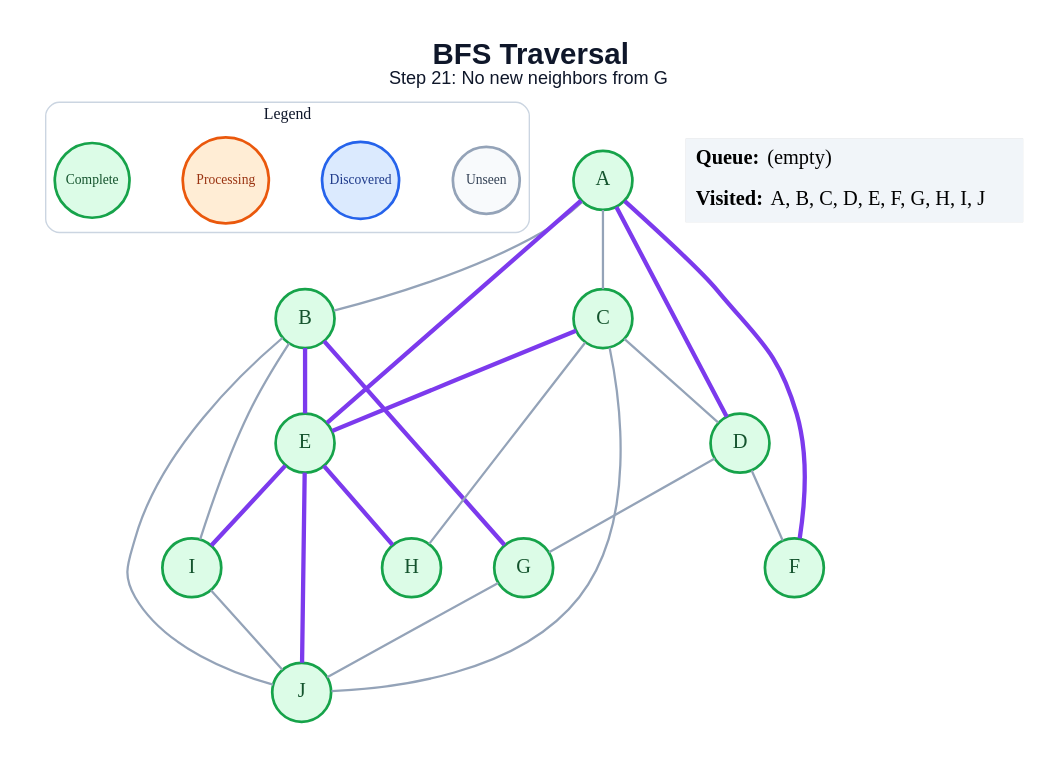
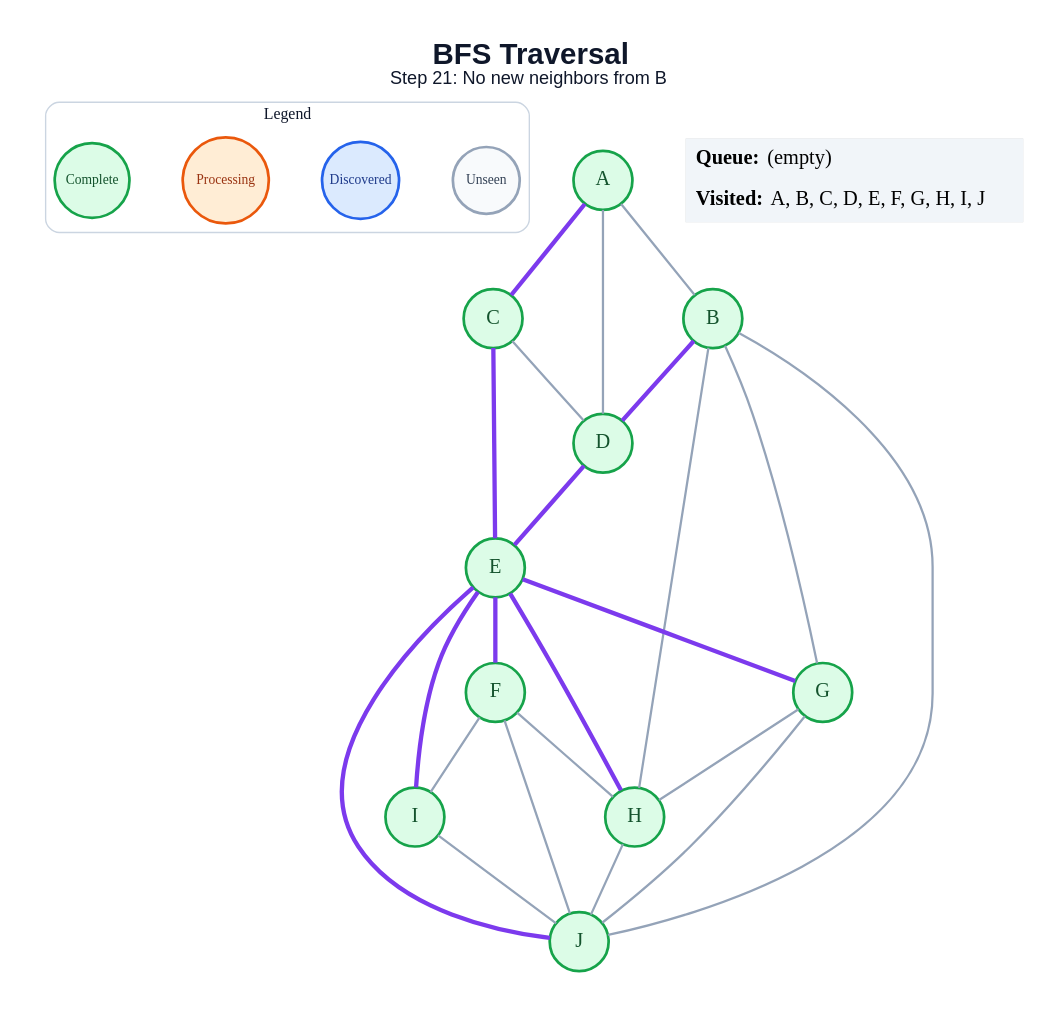
Before and after one commit to amanghodawala9/ai-slop: the diagram in generated/specific-node/bfs/step_21.dot, drawn with Graphviz. The commit also changed 178 other files, not shown here.

```diff
--- a/generated/specific-node/bfs/step_21.dot
+++ b/generated/specific-node/bfs/step_21.dot
@@ -1,49 +1,51 @@
 graph traversal {
   graph [layout=dot, rankdir=TB, bgcolor="#FFFFFF", pad="0.35", nodesep="0.65", ranksep="0.8", fontname="Arial"];
   node [shape=circle, style="filled", fontname="Arial Bold", fontsize=18, width=0.72, fixedsize=true, penwidth=2.4];
   edge [color="#94A3B8", penwidth=2.0];
-  label=<<B>BFS Traversal</B><BR/><FONT POINT-SIZE="16">Step 21: No new neighbors from G</FONT>>; labelloc="t"; fontsize=26; fontname="Arial"; fontcolor="#0F172A";
+  label=<<B>BFS Traversal</B><BR/><FONT POINT-SIZE="16">Step 21: No new neighbors from B</FONT>>; labelloc="t"; fontsize=26; fontname="Arial"; fontcolor="#0F172A";
   subgraph cluster_legend { label="Legend"; color="#CBD5E1"; penwidth=1.2; style="rounded"; fontsize=14; fontname="Arial Bold";
     key_unseen [label="Unseen", fillcolor="#F8FAFC", color="#94A3B8", fontcolor="#334155", fontsize=12, width=0.82];
     key_frontier [label="Discovered", fillcolor="#DBEAFE", color="#2563EB", fontcolor="#1E3A8A", fontsize=12, width=0.95];
     key_current [label="Processing", fillcolor="#FFEDD5", color="#EA580C", fontcolor="#9A3412", fontsize=12, width=1.05];
     key_done [label="Complete", fillcolor="#DCFCE7", color="#16A34A", fontcolor="#14532D", fontsize=12, width=0.92];
     { rank=same; key_unseen; key_frontier; key_current; key_done; }
   }
   A [fillcolor="#DCFCE7", color="#16A34A", fontcolor="#14532D"];
   B [fillcolor="#DCFCE7", color="#16A34A", fontcolor="#14532D"];
   C [fillcolor="#DCFCE7", color="#16A34A", fontcolor="#14532D"];
   D [fillcolor="#DCFCE7", color="#16A34A", fontcolor="#14532D"];
   E [fillcolor="#DCFCE7", color="#16A34A", fontcolor="#14532D"];
   F [fillcolor="#DCFCE7", color="#16A34A", fontcolor="#14532D"];
   G [fillcolor="#DCFCE7", color="#16A34A", fontcolor="#14532D"];
   H [fillcolor="#DCFCE7", color="#16A34A", fontcolor="#14532D"];
   I [fillcolor="#DCFCE7", color="#16A34A", fontcolor="#14532D"];
   J [fillcolor="#DCFCE7", color="#16A34A", fontcolor="#14532D"];
   A -- B;
-  A -- C;
-  A -- D [color="#7C3AED", penwidth=3.8];
-  A -- E [color="#7C3AED", penwidth=3.8];
-  A -- F [color="#7C3AED", penwidth=3.8];
-  B -- E [color="#7C3AED", penwidth=3.8];
-  B -- G [color="#7C3AED", penwidth=3.8];
-  B -- I;
+  A -- C [color="#7C3AED", penwidth=3.8];
+  A -- D;
+  B -- D [color="#7C3AED", penwidth=3.8];
+  B -- G;
+  B -- H;
   B -- J;
   C -- D;
   C -- E [color="#7C3AED", penwidth=3.8];
-  C -- H;
-  C -- J;
-  D -- F;
-  D -- G;
+  D -- E [color="#7C3AED", penwidth=3.8];
+  E -- F [color="#7C3AED", penwidth=3.8];
+  E -- G [color="#7C3AED", penwidth=3.8];
   E -- H [color="#7C3AED", penwidth=3.8];
   E -- I [color="#7C3AED", penwidth=3.8];
   E -- J [color="#7C3AED", penwidth=3.8];
+  F -- H;
+  F -- I;
+  F -- J;
+  G -- H;
   G -- J;
+  H -- J;
   I -- J;
   status [shape=plain, fixedsize=false, width=0, height=0, margin=0, label=<
     <TABLE BORDER="0" CELLBORDER="0" CELLPADDING="7" BGCOLOR="#F1F5F9">
       <TR><TD ALIGN="LEFT"><B>Queue:</B> (empty)</TD></TR>
       <TR><TD ALIGN="LEFT"><B>Visited:</B> A, B, C, D, E, F, G, H, I, J</TD></TR>
     </TABLE>
   >];
 }
```
